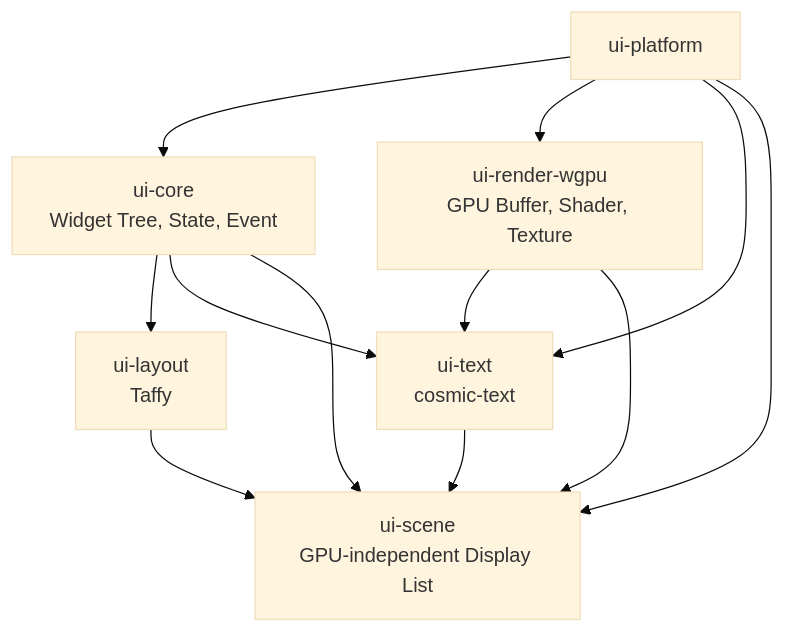
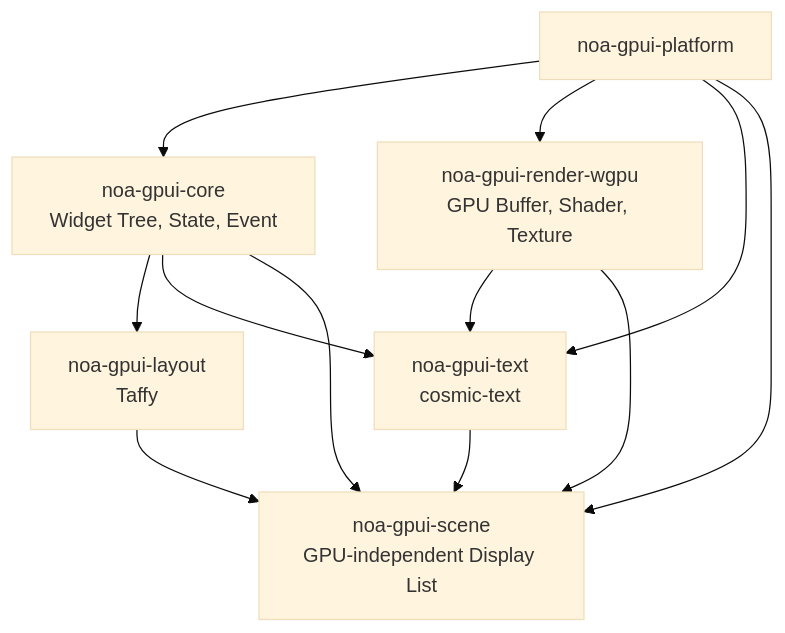
Before and after one commit to simota/noa-gpui: the first of 2 diagrams in docs/architecture.md, drawn with Mermaid (base theme). The commit also changed other lines of this file and 173 other files, not shown here.

First line of the commit message:
feat: rename library crates to noa-gpui-* for crates.io

````diff
--- a/docs/architecture.md
+++ b/docs/architecture.md
@@ -146,19 +146,19 @@
 ```mermaid
 flowchart TD
-    core["ui-core<br/>Widget Tree, State, Event"]
-    layout["ui-layout<br/>Taffy"]
-    text["ui-text<br/>cosmic-text"]
-    scene["ui-scene<br/>GPU-independent Display List"]
-    render["ui-render-wgpu<br/>GPU Buffer, Shader, Texture"]
-    platform["ui-platform"]
+    core["noa-gpui-core<br/>Widget Tree, State, Event"]
+    layout["noa-gpui-layout<br/>Taffy"]
+    text["noa-gpui-text<br/>cosmic-text"]
+    scene["noa-gpui-scene<br/>GPU-independent Display List"]
+    render["noa-gpui-render-wgpu<br/>GPU Buffer, Shader, Texture"]
+    platform["noa-gpui-platform"]
 
     core --> layout --> scene
     core --> text --> scene
     core --> scene
     render --> text
     render --> scene
     platform --> core
     platform --> render
     platform --> text
     platform --> scene
 ```
````
